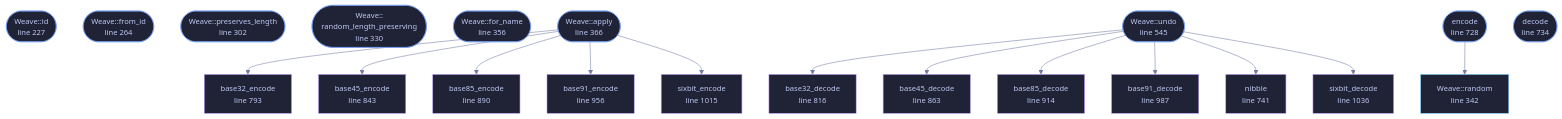
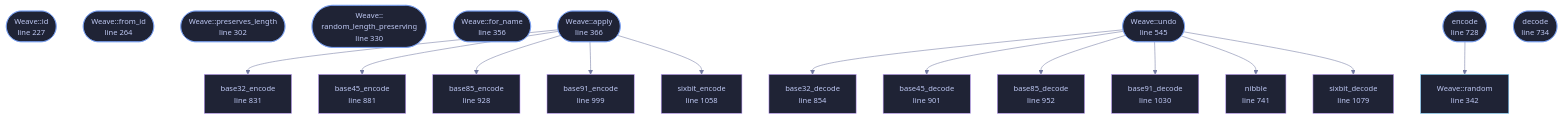
Before and after one commit to tilas01/veilvoice: the diagram in docs/files/veilvoice-crypto/weave.md, drawn with Mermaid. The commit also changed other lines of this file and 130 other files, not shown here.

````diff
--- a/docs/files/veilvoice-crypto/weave.md
+++ b/docs/files/veilvoice-crypto/weave.md
@@ -147,64 +147,64 @@
 ```mermaid
 %%{init: {"theme":"base","themeVariables":{"background":"#1a1b26","primaryColor":"#1f2335","primaryTextColor":"#c0caf5","primaryBorderColor":"#7aa2f7","secondaryColor":"#16161e","tertiaryColor":"#16161e","lineColor":"#737aa2","textColor":"#c0caf5","mainBkg":"#1f2335","nodeBorder":"#7aa2f7","clusterBkg":"#16161e","clusterBorder":"#2f3549","fontFamily":"ui-monospace, SFMono-Regular, Consolas, monospace","fontSize":"14px"}}}%%
 flowchart TD
     n_id(["Weave::id<br/>line 227"])
     n_from_id(["Weave::from_id<br/>line 264"])
     n_preserves_length(["Weave::preserves_length<br/>line 302"])
     n_random_length_preserving(["Weave::<br/>random_length_preserving<br/>line 330"])
     n_random["Weave::random<br/>line 342"]
     n_for_name(["Weave::for_name<br/>line 356"])
     n_apply(["Weave::apply<br/>line 366"])
     n_undo(["Weave::undo<br/>line 545"])
     n_encode(["encode<br/>line 728"])
     n_decode(["decode<br/>line 734"])
     n_nibble["nibble<br/>line 741"]
-    n_base32_encode["base32_encode<br/>line 793"]
-    n_base32_decode["base32_decode<br/>line 816"]
-    n_base45_encode["base45_encode<br/>line 843"]
-    n_base45_decode["base45_decode<br/>line 863"]
-    n_base85_encode["base85_encode<br/>line 890"]
-    n_base85_decode["base85_decode<br/>line 914"]
-    n_base91_encode["base91_encode<br/>line 956"]
-    n_base91_decode["base91_decode<br/>line 987"]
-    n_sixbit_encode["sixbit_encode<br/>line 1015"]
-    n_sixbit_decode["sixbit_decode<br/>line 1036"]
+    n_base32_encode["base32_encode<br/>line 831"]
+    n_base32_decode["base32_decode<br/>line 854"]
+    n_base45_encode["base45_encode<br/>line 881"]
+    n_base45_decode["base45_decode<br/>line 901"]
+    n_base85_encode["base85_encode<br/>line 928"]
+    n_base85_decode["base85_decode<br/>line 952"]
+    n_base91_encode["base91_encode<br/>line 999"]
+    n_base91_decode["base91_decode<br/>line 1030"]
+    n_sixbit_encode["sixbit_encode<br/>line 1058"]
+    n_sixbit_decode["sixbit_decode<br/>line 1079"]
     n_apply --> n_base32_encode
     n_apply --> n_base45_encode
     n_apply --> n_base85_encode
     n_apply --> n_base91_encode
     n_apply --> n_sixbit_encode
     n_encode --> n_random
     n_undo --> n_base32_decode
     n_undo --> n_base45_decode
     n_undo --> n_base85_decode
     n_undo --> n_base91_decode
     n_undo --> n_nibble
     n_undo --> n_sixbit_decode
     click n_id href "https://github.com/tilas01/veilvoice/blob/main/crates/veilvoice-crypto/src/weave.rs#L227" "open the source"
     click n_from_id href "https://github.com/tilas01/veilvoice/blob/main/crates/veilvoice-crypto/src/weave.rs#L264" "open the source"
     click n_preserves_length href "https://github.com/tilas01/veilvoice/blob/main/crates/veilvoice-crypto/src/weave.rs#L302" "open the source"
     click n_random_length_preserving href "https://github.com/tilas01/veilvoice/blob/main/crates/veilvoice-crypto/src/weave.rs#L330" "open the source"
     click n_random href "https://github.com/tilas01/veilvoice/blob/main/crates/veilvoice-crypto/src/weave.rs#L342" "open the source"
     click n_for_name href "https://github.com/tilas01/veilvoice/blob/main/crates/veilvoice-crypto/src/weave.rs#L356" "open the source"
     click n_apply href "https://github.com/tilas01/veilvoice/blob/main/crates/veilvoice-crypto/src/weave.rs#L366" "open the source"
     click n_undo href "https://github.com/tilas01/veilvoice/blob/main/crates/veilvoice-crypto/src/weave.rs#L545" "open the source"
     click n_encode href "https://github.com/tilas01/veilvoice/blob/main/crates/veilvoice-crypto/src/weave.rs#L728" "open the source"
     click n_decode href "https://github.com/tilas01/veilvoice/blob/main/crates/veilvoice-crypto/src/weave.rs#L734" "open the source"
     click n_nibble href "https://github.com/tilas01/veilvoice/blob/main/crates/veilvoice-crypto/src/weave.rs#L741" "open the source"
-    click n_base32_encode href "https://github.com/tilas01/veilvoice/blob/main/crates/veilvoice-crypto/src/weave.rs#L793" "open the source"
-    click n_base32_decode href "https://github.com/tilas01/veilvoice/blob/main/crates/veilvoice-crypto/src/weave.rs#L816" "open the source"
-    click n_base45_encode href "https://github.com/tilas01/veilvoice/blob/main/crates/veilvoice-crypto/src/weave.rs#L843" "open the source"
-    click n_base45_decode href "https://github.com/tilas01/veilvoice/blob/main/crates/veilvoice-crypto/src/weave.rs#L863" "open the source"
-    click n_base85_encode href "https://github.com/tilas01/veilvoice/blob/main/crates/veilvoice-crypto/src/weave.rs#L890" "open the source"
-    click n_base85_decode href "https://github.com/tilas01/veilvoice/blob/main/crates/veilvoice-crypto/src/weave.rs#L914" "open the source"
-    click n_base91_encode href "https://github.com/tilas01/veilvoice/blob/main/crates/veilvoice-crypto/src/weave.rs#L956" "open the source"
-    click n_base91_decode href "https://github.com/tilas01/veilvoice/blob/main/crates/veilvoice-crypto/src/weave.rs#L987" "open the source"
-    click n_sixbit_encode href "https://github.com/tilas01/veilvoice/blob/main/crates/veilvoice-crypto/src/weave.rs#L1015" "open the source"
-    click n_sixbit_decode href "https://github.com/tilas01/veilvoice/blob/main/crates/veilvoice-crypto/src/weave.rs#L1036" "open the source"
+    click n_base32_encode href "https://github.com/tilas01/veilvoice/blob/main/crates/veilvoice-crypto/src/weave.rs#L831" "open the source"
+    click n_base32_decode href "https://github.com/tilas01/veilvoice/blob/main/crates/veilvoice-crypto/src/weave.rs#L854" "open the source"
+    click n_base45_encode href "https://github.com/tilas01/veilvoice/blob/main/crates/veilvoice-crypto/src/weave.rs#L881" "open the source"
+    click n_base45_decode href "https://github.com/tilas01/veilvoice/blob/main/crates/veilvoice-crypto/src/weave.rs#L901" "open the source"
+    click n_base85_encode href "https://github.com/tilas01/veilvoice/blob/main/crates/veilvoice-crypto/src/weave.rs#L928" "open the source"
+    click n_base85_decode href "https://github.com/tilas01/veilvoice/blob/main/crates/veilvoice-crypto/src/weave.rs#L952" "open the source"
+    click n_base91_encode href "https://github.com/tilas01/veilvoice/blob/main/crates/veilvoice-crypto/src/weave.rs#L999" "open the source"
+    click n_base91_decode href "https://github.com/tilas01/veilvoice/blob/main/crates/veilvoice-crypto/src/weave.rs#L1030" "open the source"
+    click n_sixbit_encode href "https://github.com/tilas01/veilvoice/blob/main/crates/veilvoice-crypto/src/weave.rs#L1058" "open the source"
+    click n_sixbit_decode href "https://github.com/tilas01/veilvoice/blob/main/crates/veilvoice-crypto/src/weave.rs#L1079" "open the source"
     classDef entry fill:#1f2335,stroke:#7aa2f7,color:#c0caf5
     class n_id,n_from_id,n_preserves_length,n_random_length_preserving,n_for_name,n_apply,n_undo,n_encode,n_decode entry
     classDef api fill:#1f2335,stroke:#7dcfff,color:#c0caf5
     class n_random api
     classDef helper fill:#1f2335,stroke:#bb9af7,color:#c0caf5
     class n_nibble,n_base32_encode,n_base32_decode,n_base45_encode,n_base45_decode,n_base85_encode,n_base85_decode,n_base91_encode,n_base91_decode,n_sixbit_encode,n_sixbit_decode helper
 ```
````
